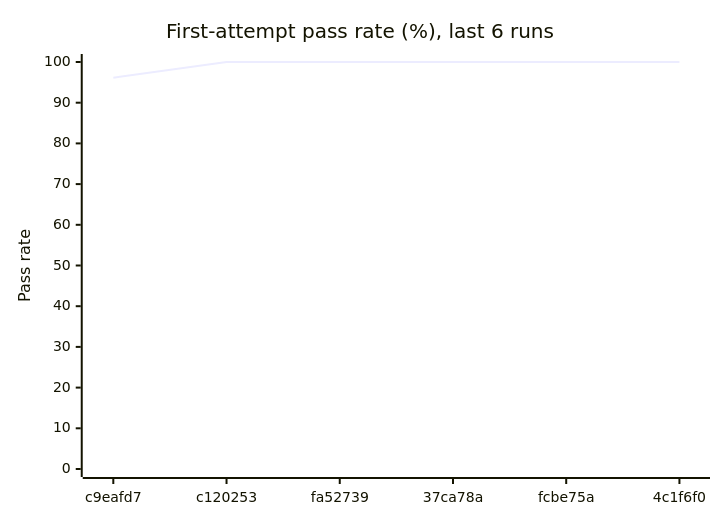
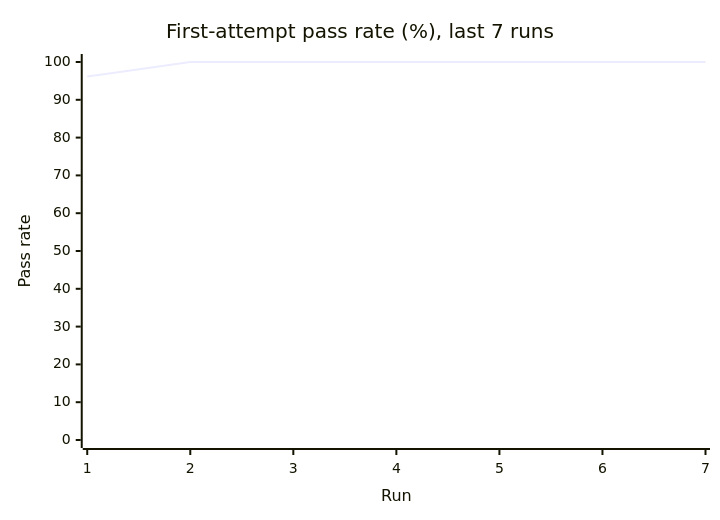
Before and after one commit to Shirojoufu/Flaky-Tests: the first of 3 diagrams in reports/summary.md, drawn with Mermaid. The commit also changed other lines of this file and 6 other files, not shown here.

````diff
--- a/reports/summary.md
+++ b/reports/summary.md
@@ -17,7 +17,7 @@
 ```mermaid
 xychart-beta
-    title "First-attempt pass rate (%), last 6 runs"
-    x-axis ["c9eafd7", "c120253", "fa52739", "37ca78a", "fcbe75a", "4c1f6f0"]
+    title "First-attempt pass rate (%), last 7 runs"
+    x-axis "Run" [1, 2, 3, 4, 5, 6, 7]
     y-axis "Pass rate" 0 --> 100
-    line [96.15, 100.0, 100.0, 100.0, 100.0, 100.0]
+    line [96.15, 100.0, 100.0, 100.0, 100.0, 100.0, 100.0]
 ```
````
